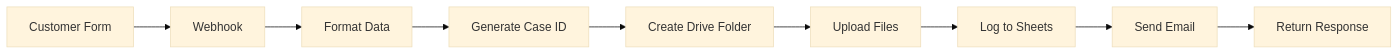
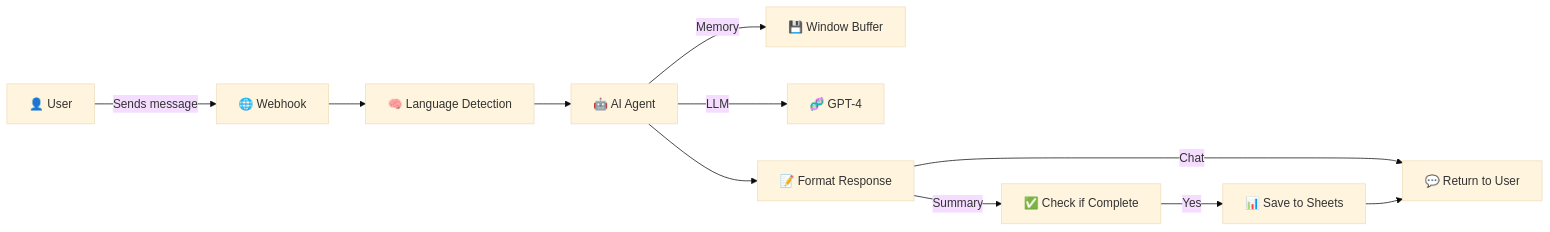
Before and after one commit to emilingemarkarlsson/tur-n8n-feedbackagent: the diagram in README.md, drawn with Mermaid (base theme). The commit also changed other lines of this file and 2 other files, not shown here.

First line of the commit message:
Update: AI Feedback Agent workflow

````diff
--- a/README.md
+++ b/README.md
@@ -198,11 +99,13 @@
 ```mermaid
 graph LR
-    A[Customer Form] --> B[Webhook]
-    B --> C[Format Data]
-    C --> D[Generate Case ID]
-    D --> E[Create Drive Folder]
-    E --> F[Upload Files]
-    F --> G[Log to Sheets]
-    G --> H[Send Email]
-    H --> I[Return Response]
+    A[👤 User] -->|Sends message| B[🌐 Webhook]
+    B --> C[🧠 Language Detection]
+    C --> D[🤖 AI Agent]
+    D -->|Memory| E[💾 Window Buffer]
+    D -->|LLM| F[🧬 GPT-4]
+    D --> G[📝 Format Response]
+    G -->|Chat| H[💬 Return to User]
+    G -->|Summary| I[✅ Check if Complete]
+    I -->|Yes| J[📊 Save to Sheets]
+    J --> H
 ```
````
